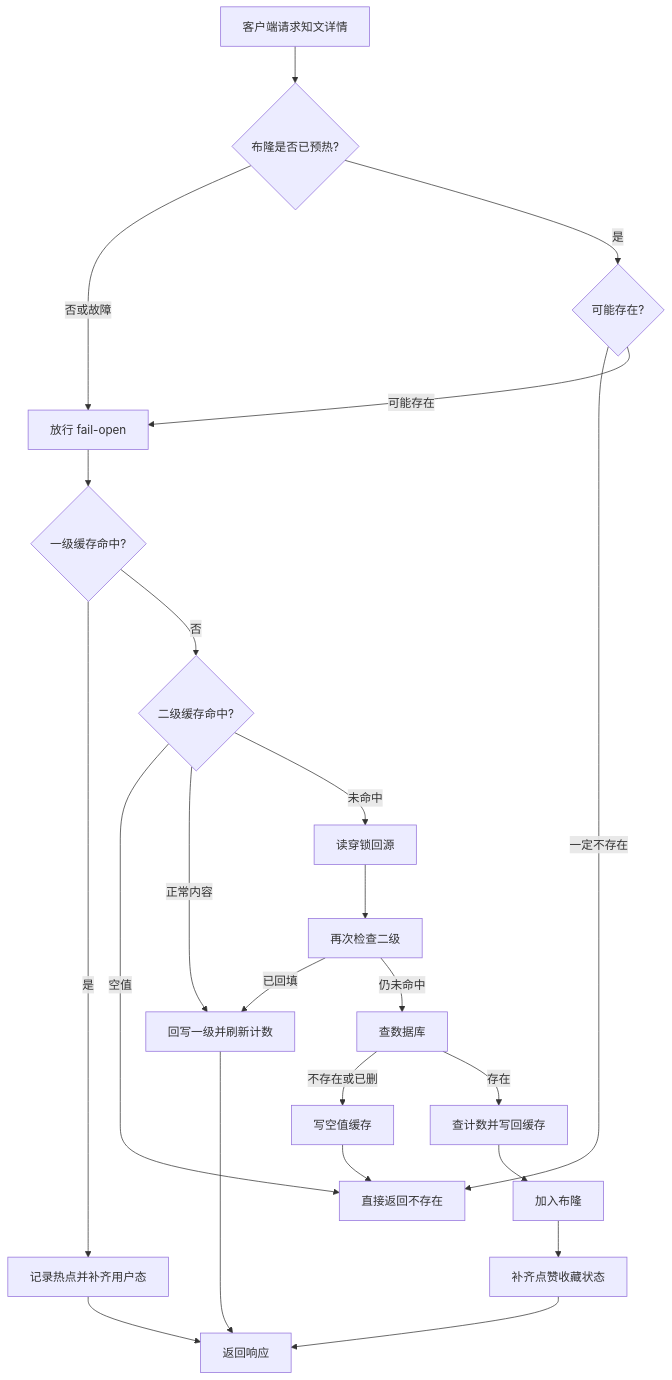
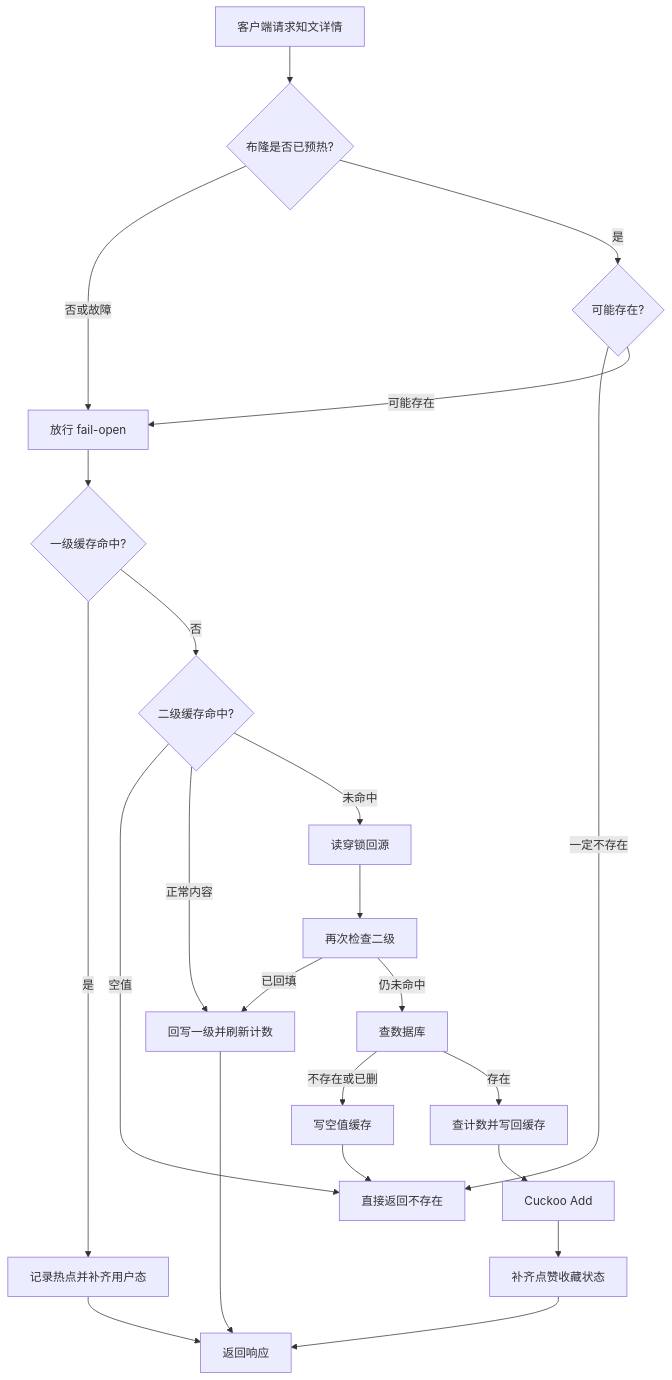
The first of 9 diagrams in docs/modules/04-知文内容缓存与Feed模块.md (bitladykiller/zhiguang_go), drawn with Mermaid before and after one commit. The commit also changed other lines of this file and 10 other files, not shown here.

````diff
--- a/docs/modules/04-知文内容缓存与Feed模块.md
+++ b/docs/modules/04-知文内容缓存与Feed模块.md
@@ -509,25 +512,25 @@
 ```mermaid
 flowchart TD
     A[客户端请求知文详情] --> B{布隆是否已预热?}
     B -->|否或故障| C[放行 fail-open]
     B -->|是| D{可能存在?}
     D -->|一定不存在| E[直接返回不存在]
     D -->|可能存在| C
     C --> F{一级缓存命中?}
     F -->|是| G[记录热点并补齐用户态]
     F -->|否| H{二级缓存命中?}
     H -->|空值| E
     H -->|正常内容| I[回写一级并刷新计数]
     H -->|未命中| J[读穿锁回源]
     J --> K[再次检查二级]
     K -->|已回填| I
     K -->|仍未命中| L[查数据库]
     L -->|不存在或已删| M[写空值缓存]
     M --> E
     L -->|存在| N[查计数并写回缓存]
-    N --> O[加入布隆]
+    N --> O[Cuckoo Add]
     O --> P[补齐点赞收藏状态]
     G --> Q[返回响应]
     I --> Q
     P --> Q
 ```
````
